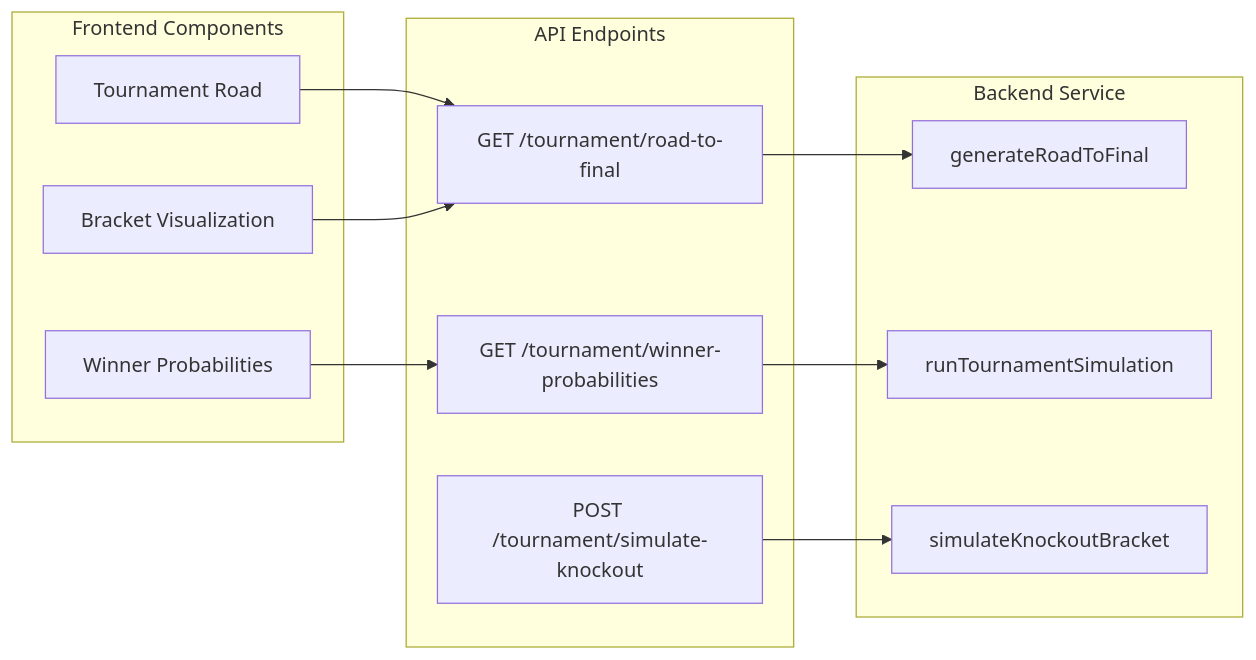
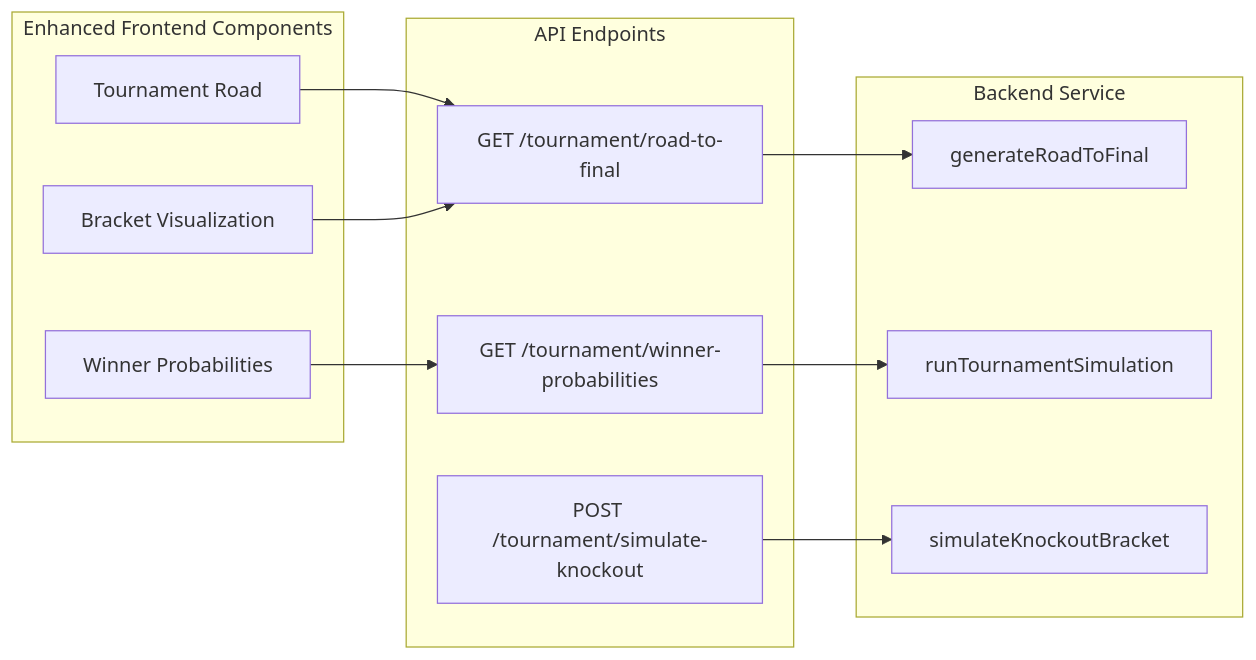
The ninth of 10 diagrams in .qoder/repowiki/en/content/Tournament Management/Bracket Service.md (cheesiong/WC26-qwen), drawn with Mermaid before and after one commit. The commit also changed other lines of this file and 4 other files, not shown here.

````diff
--- a/.qoder/repowiki/en/content/Tournament Management/Bracket Service.md
+++ b/.qoder/repowiki/en/content/Tournament Management/Bracket Service.md
@@ -500,24 +559,24 @@
 ```mermaid
 graph LR
-subgraph "Frontend Components"
+subgraph "Enhanced Frontend Components"
 TR[Tournament Road]
 WP[Winner Probabilities]
 BR[Bracket Visualization]
 end
 subgraph "API Endpoints"
 RTF[GET /tournament/road-to-final]
 WPP[GET /tournament/winner-probabilities]
 SKB[POST /tournament/simulate-knockout]
 end
 subgraph "Backend Service"
 GRTF[generateRoadToFinal]
 RWPP[runTournamentSimulation]
 SKB2[simulateKnockoutBracket]
 end
 TR --> RTF
 WP --> WPP
 BR --> RTF
 RTF --> GRTF
 WPP --> RWPP
 SKB --> SKB2
 ```
````
